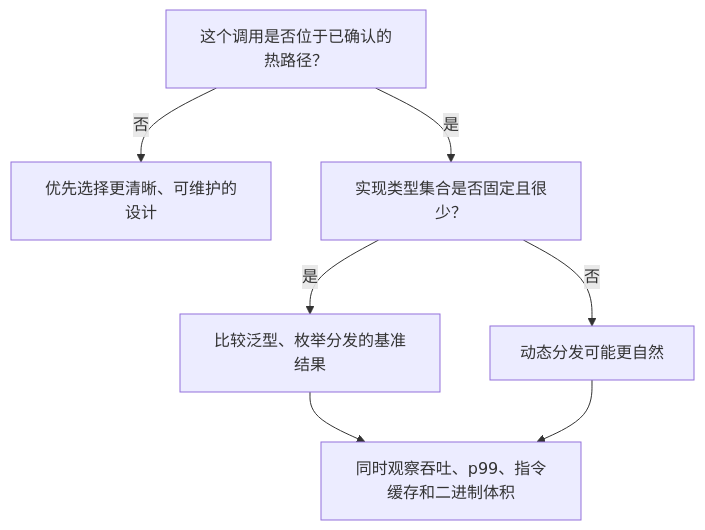
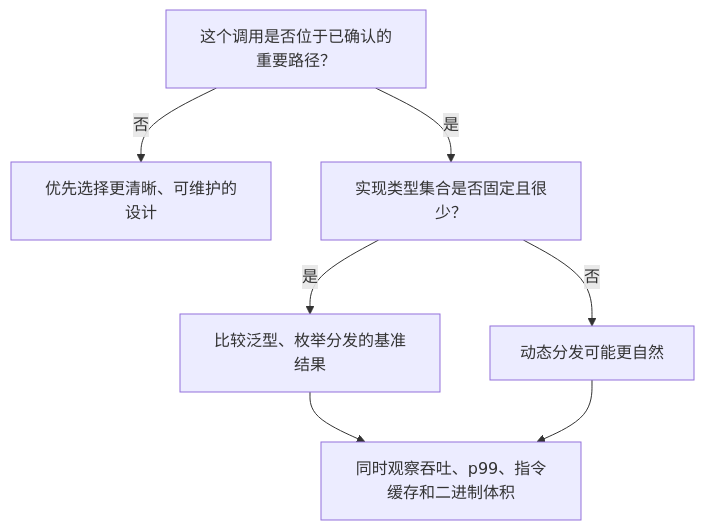
Before and after one commit to xizheyin/hft-book-rs: the diagram in books/rust-hft/src/rust_advanced/generics.md, drawn with Mermaid. The commit also changed other lines of this file and 207 other files, not shown here.

````diff
--- a/books/rust-hft/src/rust_advanced/generics.md
+++ b/books/rust-hft/src/rust_advanced/generics.md
@@ -105,9 +97,9 @@
 ```mermaid
 flowchart TD
-    A["这个调用是否位于已确认的热路径？"] -->|否| B["优先选择更清晰、可维护的设计"]
+    A["这个调用是否位于已确认的重要路径？"] -->|否| B["优先选择更清晰、可维护的设计"]
     A -->|是| C["实现类型集合是否固定且很少？"]
     C -->|是| D["比较泛型、枚举分发的基准结果"]
     C -->|否| E["动态分发可能更自然"]
     D --> F["同时观察吞吐、p99、指令缓存和二进制体积"]
     E --> F
 ```
````
